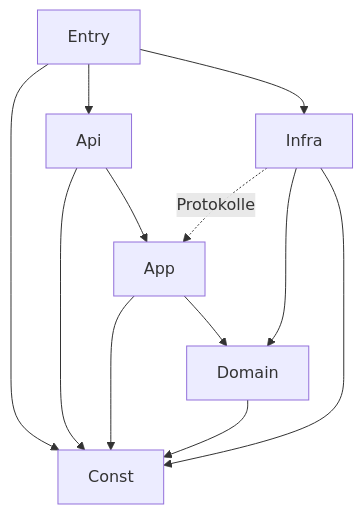
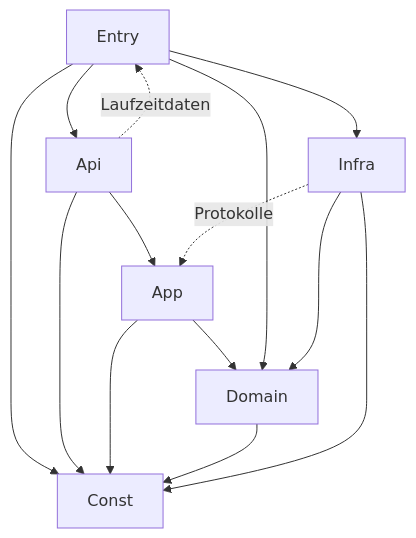
The diagram in docs/CODE_DOKU.md (stacknoise/hass-task-wheel-of-fortune), drawn with Mermaid before and after one commit. The commit also changed other lines of this file and 15 other files, not shown here.

````diff
--- a/docs/CODE_DOKU.md
+++ b/docs/CODE_DOKU.md
@@ -67,8 +70,10 @@
 ```mermaid
 flowchart TD
   Entry --> Api --> App --> Domain
+  Api -. Laufzeitdaten .-> Entry
   Entry --> Infra
+  Entry --> Domain
   Infra --> Domain
   Infra -. Protokolle .-> App
   Entry & Api & App & Domain & Infra --> Const
 ```
````
